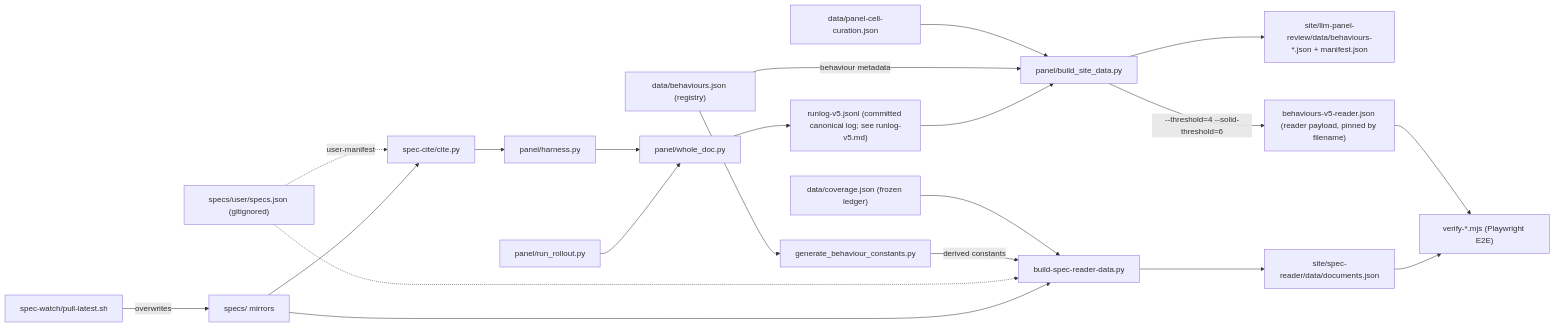
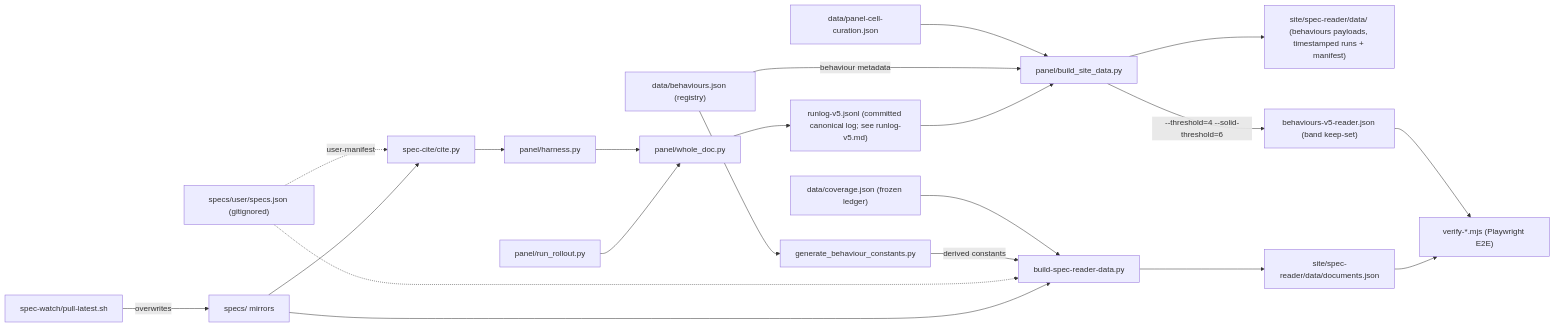
The diagram in engine/OVERVIEW.md (AndresCotton/ai-character-index), drawn with Mermaid before and after one commit. The commit also changed other lines of this file and 19 other files, not shown here.

````diff
--- a/engine/OVERVIEW.md
+++ b/engine/OVERVIEW.md
@@ -32,23 +32,23 @@
 ```mermaid
 graph LR
   watch["spec-watch/pull-latest.sh"] -->|overwrites| specs["specs/ mirrors"]
   specs --> cite["spec-cite/cite.py"]
   specs --> bsr["build-spec-reader-data.py"]
   um["specs/user/specs.json (gitignored)"] -.->|user-manifest| cite
   um -.-> bsr
   cite --> harness["panel/harness.py"]
   rollout["panel/run_rollout.py"] --> wholedoc["panel/whole_doc.py"]
   harness --> wholedoc
   wholedoc --> runlog["runlog-v5.jsonl (committed canonical log; see runlog-v5.md)"]
   runlog --> bsd["panel/build_site_data.py"]
   reg["data/behaviours.json (registry)"] --> gbc["generate_behaviour_constants.py"]
   gbc -->|derived constants| bsr
   reg -->|behaviour metadata| bsd
-  bsd --> panelpayload["site/llm-panel-review/data/behaviours-*.json + manifest.json"]
+  bsd --> panelpayload["site/spec-reader/data/ (behaviours payloads, timestamped runs + manifest)"]
   coverage["data/coverage.json (frozen ledger)"] --> bsr
   bsr --> docpayload["site/spec-reader/data/documents.json"]
   cur["data/panel-cell-curation.json"] --> bsd
-  bsd -->|"--threshold=4 --solid-threshold=6"| readerpayload["behaviours-v5-reader.json (reader payload, pinned by filename)"]
+  bsd -->|"--threshold=4 --solid-threshold=6"| readerpayload["behaviours-v5-reader.json (band keep-set)"]
   docpayload --> verify["verify-*.mjs (Playwright E2E)"]
   readerpayload --> verify
 ```
````
